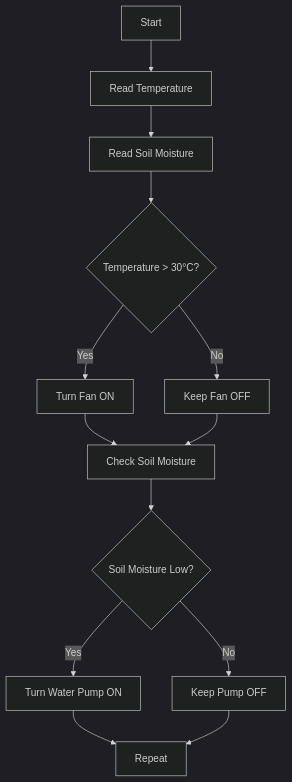
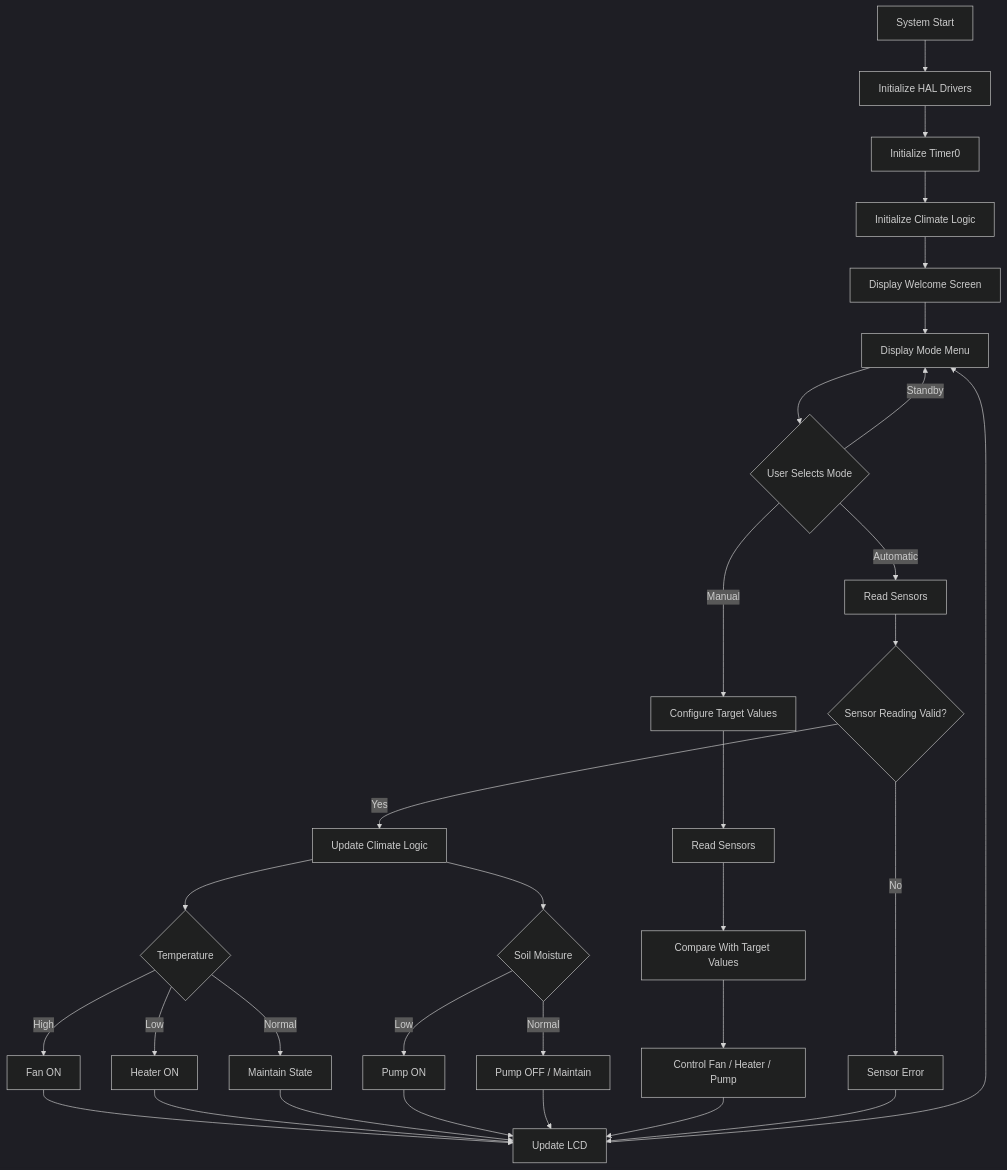
The diagram in README.md (SAMAarafa20/Greenhouse-climate-control-system-), drawn with Mermaid (dark theme) before and after one commit. The commit also changed other lines of this file, not shown here.

````diff
--- a/README.md
+++ b/README.md
@@ -80,15 +270,41 @@
 ```mermaid
 flowchart TD
-    A[Start] --> B[Read Temperature]
-    B --> C[Read Soil Moisture]
-    C --> D{Temperature > 30°C?}
-    D -->|Yes| E[Turn Fan ON]
-    D -->|No| F[Keep Fan OFF]
-    E --> G[Check Soil Moisture]
-    F --> G
-    G --> H{Soil Moisture Low?}
-    H -->|Yes| I[Turn Water Pump ON]
-    H -->|No| J[Keep Pump OFF]
-    I --> K[Repeat]
-    J --> K
+    A[System Start] --> B[Initialize HAL Drivers]
+    B --> C[Initialize Timer0]
+    C --> D[Initialize Climate Logic]
+    D --> E[Display Welcome Screen]
+    E --> F[Display Mode Menu]
+
+    F --> G{User Selects Mode}
+
+    G -->|Automatic| H[Read Sensors]
+    G -->|Manual| I[Configure Target Values]
+    G -->|Standby| F
+
+    H --> J{Sensor Reading Valid?}
+    J -->|No| K[Sensor Error]
+    J -->|Yes| L[Update Climate Logic]
+
+    L --> M{Temperature}
+    M -->|High| N[Fan ON]
+    M -->|Low| O[Heater ON]
+    M -->|Normal| P[Maintain State]
+
+    L --> Q{Soil Moisture}
+    Q -->|Low| R[Pump ON]
+    Q -->|Normal| S[Pump OFF / Maintain]
+
+    I --> T[Read Sensors]
+    T --> U[Compare With Target Values]
+    U --> V[Control Fan / Heater / Pump]
+
+    N --> W[Update LCD]
+    O --> W
+    P --> W
+    R --> W
+    S --> W
+    V --> W
+    K --> W
+
+    W --> F
 ```
````
